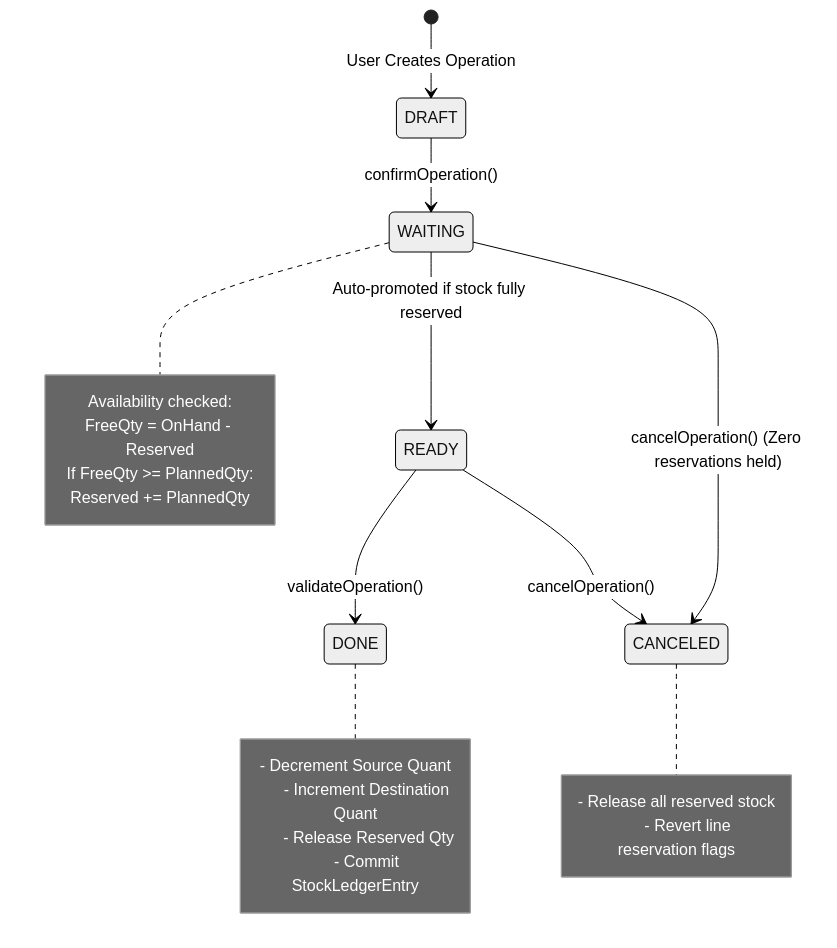
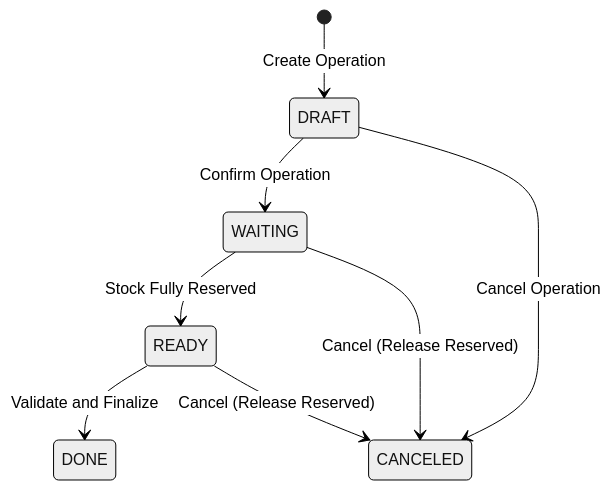
One commit to Manishnemade12/stockSense changed the second of 2 diagrams in ARCHITECTURE.md. Above: the diagram before and after it, drawn with Mermaid (neutral theme). The commit also changed other lines of this file and 2 other files, not shown here.

Commit message:
docs: add pitch guide and client README while updating architecture diagrams and project overview

````diff
--- a/ARCHITECTURE.md
+++ b/ARCHITECTURE.md
@@ -80,29 +96,10 @@
 ```mermaid
 stateDiagram-v2
-    direction TB
-    [*] --> DRAFT : User Creates Operation
-    DRAFT --> WAITING : confirmOperation()
-    note right of WAITING
-      Availability checked:
-      FreeQty = OnHand - Reserved
-      If FreeQty >= PlannedQty:
-      Reserved += PlannedQty
-    end note
-    
-    WAITING --> READY : Auto-promoted if stock fully reserved
-    WAITING --> CANCELED : cancelOperation() (Zero reservations held)
-    
-    READY --> DONE : validateOperation()
-    note right of DONE
-      - Decrement Source Quant
-      - Increment Destination Quant
-      - Release Reserved Qty
-      - Commit StockLedgerEntry
-    end note
-
-    READY --> CANCELED : cancelOperation()
-    note right of CANCELED
-      - Release all reserved stock
-      - Revert line reservation flags
-    end note
+    [*] --> DRAFT : Create Operation
+    DRAFT --> WAITING : Confirm Operation
+    WAITING --> READY : Stock Fully Reserved
+    READY --> DONE : Validate and Finalize
+    WAITING --> CANCELED : Cancel (Release Reserved)
+    READY --> CANCELED : Cancel (Release Reserved)
+    DRAFT --> CANCELED : Cancel Operation
 ```
````
